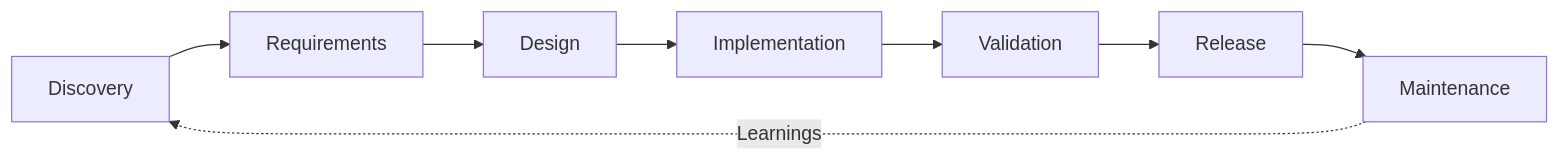
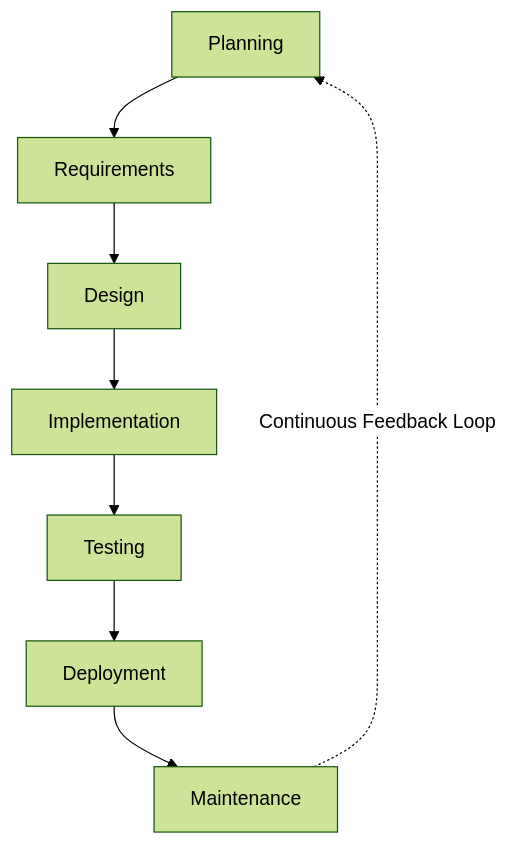
One commit to ultralytics/handbook changed the diagram in docs/en/workflows/development.md. Above: the diagram before and after it, drawn with Mermaid. The commit also changed other lines of this file, not shown here.

````diff
--- a/docs/en/workflows/development.md
+++ b/docs/en/workflows/development.md
@@ -173,10 +281,12 @@
 ```mermaid
-flowchart LR
-    A[Discovery] --> B[Requirements]
+%%{init: {'theme': 'forest', 'themeVariables': {'primaryColor': '#01579b', 'edgeLabelBackground':'#ffffff', 'tertiaryColor': '#e1f5fe'}}}%%
+
+flowchart TD
+    A[Planning] --> B[Requirements]
     B --> C[Design]
     C --> D[Implementation]
-    D --> E[Validation]
-    E --> F[Release]
+    D --> E[Testing]
+    E --> F[Deployment]
     F --> G[Maintenance]
-    G -. Learnings .-> A
+    G -.->|Continuous Feedback Loop| A
 ```
````
